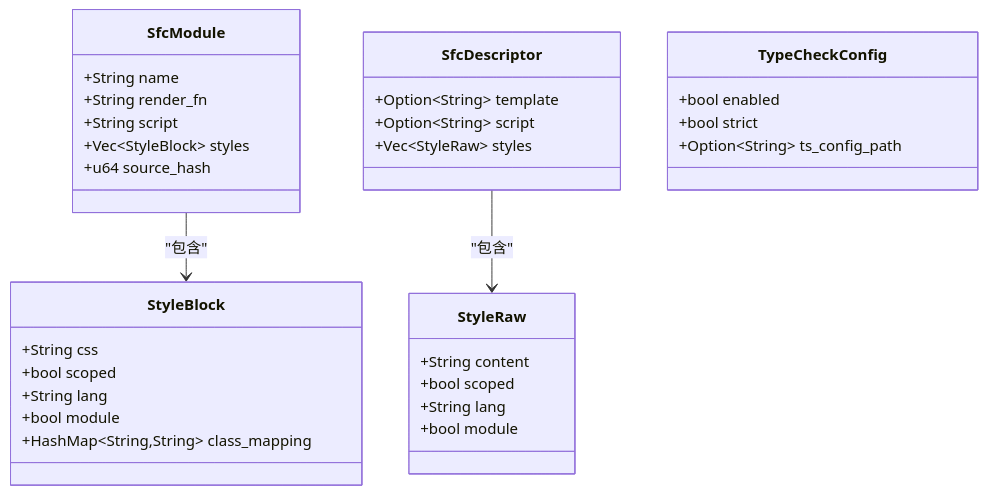
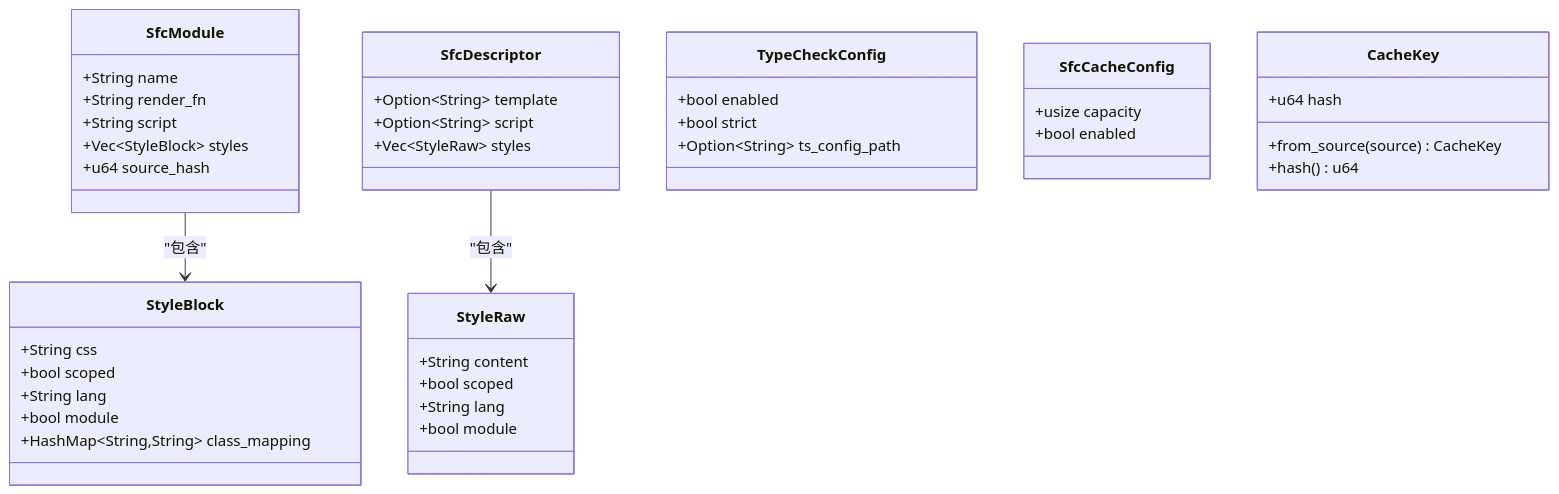
Before and after one commit to itszzl-sudo/iris: the second of 22 diagrams in .qoder/repowiki/zh/content/技术架构详解/即时转译系统/SFC编译器初始化机制/SFC编译器初始化机制.md, drawn with Mermaid. The commit also changed other lines of this file and 8 other files, not shown here.

````diff
--- a/.qoder/repowiki/zh/content/技术架构详解/即时转译系统/SFC编译器初始化机制/SFC编译器初始化机制.md
+++ b/.qoder/repowiki/zh/content/技术架构详解/即时转译系统/SFC编译器初始化机制/SFC编译器初始化机制.md
@@ -101,35 +117,44 @@
 ```mermaid
 classDiagram
 class SfcModule {
 +String name
 +String render_fn
 +String script
 +Vec~StyleBlock~ styles
 +u64 source_hash
 }
 class StyleBlock {
 +String css
 +bool scoped
 +String lang
 +bool module
 +HashMap~String,String~ class_mapping
 }
 class SfcDescriptor {
 +Option~String~ template
 +Option~String~ script
 +Vec~StyleRaw~ styles
 }
 class StyleRaw {
 +String content
 +bool scoped
 +String lang
 +bool module
 }
 class TypeCheckConfig {
 +bool enabled
 +bool strict
 +Option~String~ ts_config_path
 }
+class SfcCacheConfig {
++usize capacity
++bool enabled
+}
+class CacheKey {
++u64 hash
++from_source(source) CacheKey
++hash() u64
+}
 SfcModule --> StyleBlock : "包含"
 SfcDescriptor --> StyleRaw : "包含"
 ```
````
